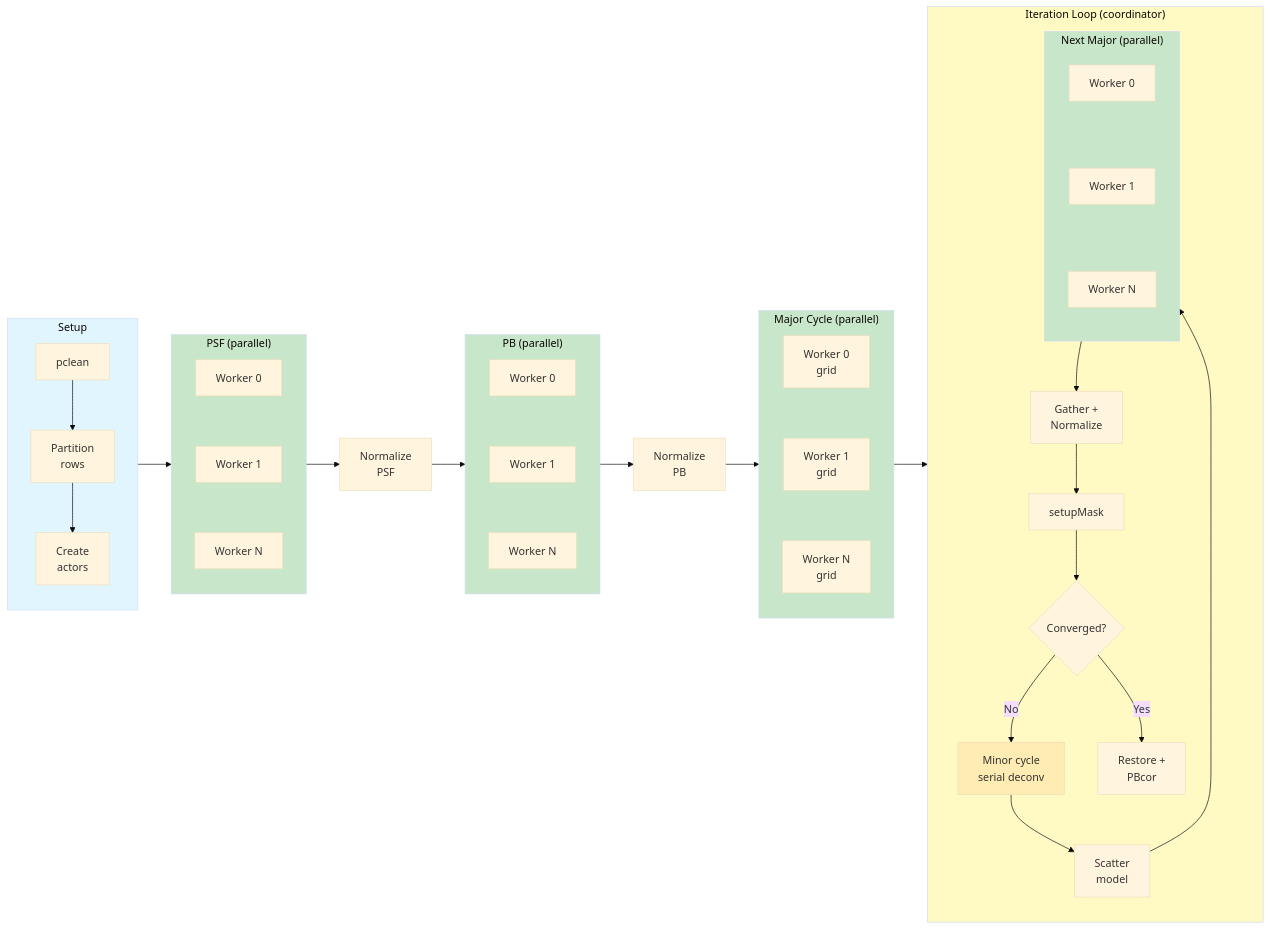
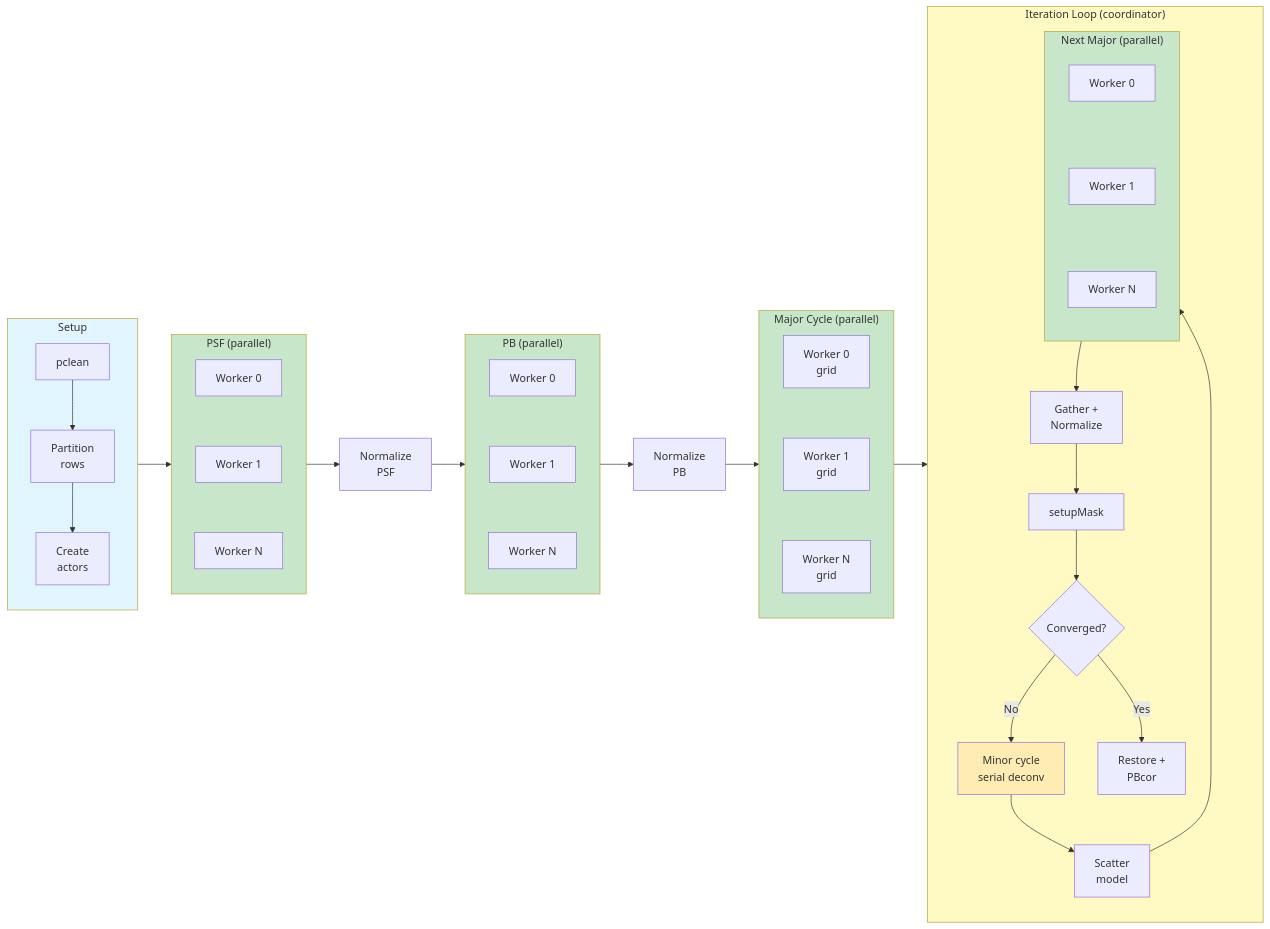
Before and after one commit to r-xue/pclean: the second of 2 diagrams in docs/parallelization.md, drawn with Mermaid. The commit also changed other lines of this file and 3 other files, not shown here.

Commit message:
Add interactive zoom and pan functionality for Mermaid diagrams

````diff
--- a/docs/parallelization.md
+++ b/docs/parallelization.md
@@ -72,59 +66,53 @@
 ```mermaid
----
-config:
-  flowchart:
-    wrappingWidth: 120
-  theme: base
----
 flowchart LR
     subgraph Init["Setup"]
         direction TB
         A[pclean] --> B[Partition<br/>rows] --> C[Create<br/>actors]
     end
 
     subgraph PSF["PSF (parallel)"]
         direction TB
         P0[Worker 0] ~~~ P1[Worker 1] ~~~ P2[Worker N]
     end
 
     subgraph PB["PB (parallel)"]
         direction TB
         PB0[Worker 0] ~~~ PB1[Worker 1] ~~~ PB2[Worker N]
     end
 
     subgraph Maj1["Major Cycle (parallel)"]
         direction TB
         M0[Worker 0<br/>grid] ~~~ M1[Worker 1<br/>grid] ~~~ M2[Worker N<br/>grid]
     end
 
     subgraph Loop["Iteration Loop (coordinator)"]
         direction TB
         POST[Gather +<br/>Normalize] --> MASK[setupMask]
         MASK --> CONV{Converged?}
         CONV -->|No| MINOR[Minor cycle<br/>serial deconv]
         MINOR --> PRE[Scatter<br/>model]
         PRE --> MAJ2
         CONV -->|Yes| RESTORE[Restore +<br/>PBcor]
     end
 
     subgraph MAJ2["Next Major (parallel)"]
         direction TB
         M20[Worker 0] ~~~ M21[Worker 1] ~~~ M22[Worker N]
     end
 
     C --> PSF
     PSF --> NORM1[Normalize<br/>PSF]
     NORM1 --> PB
     PB --> NORM2[Normalize<br/>PB]
     NORM2 --> Maj1
     Maj1 --> POST
     MAJ2 --> POST
 
     style Init fill:#e1f5fe
     style PSF fill:#c8e6c9
     style PB fill:#c8e6c9
     style Maj1 fill:#c8e6c9
     style MAJ2 fill:#c8e6c9
     style Loop fill:#fff9c4
     style MINOR fill:#ffecb3
 ```
````
